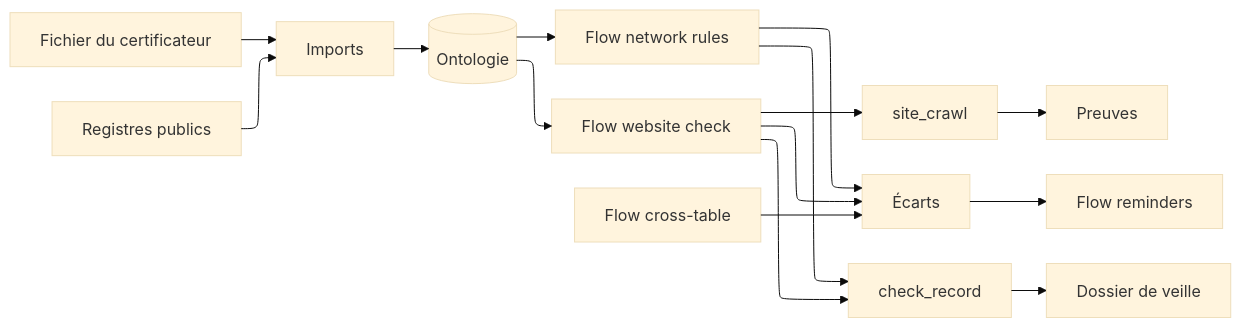
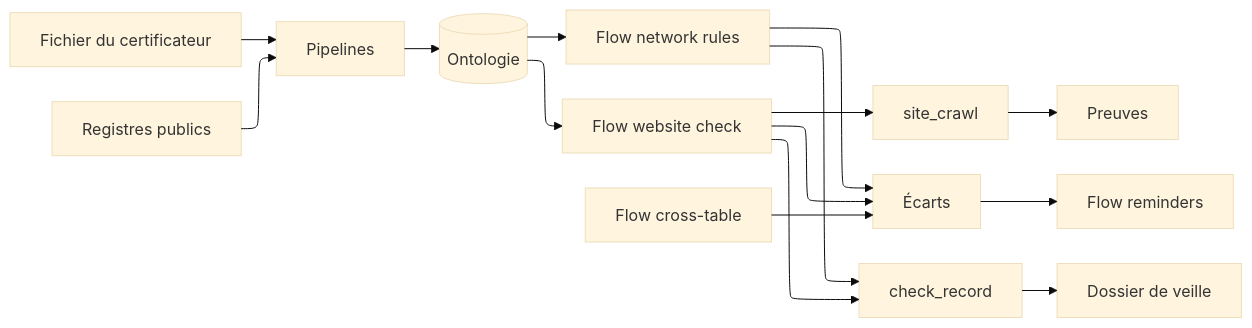
One commit to Pnex/pnex-rs changed the second of 13 diagrams in docs/architecture/partners.md. Above: the diagram before and after it, drawn with Mermaid (base theme). The commit also changed other lines of this file and 66 other files, not shown here.

First line of the commit message:
feat(api)!: imports are gone, their pipelines remain (D1050)

````diff
--- a/docs/architecture/partners.md
+++ b/docs/architecture/partners.md
@@ -64,21 +64,21 @@
 ```mermaid
 ---
 config:
   layout: elk
 ---
 flowchart LR
-  xl[Fichier du certificateur] --> imp[Imports]
+  xl[Fichier du certificateur] --> imp[Pipelines]
   reg[Registres publics] --> imp
   imp --> onto[(Ontologie)]
   onto --> nr[Flow network rules]
   onto --> wc[Flow website check]
   wc --> crawl[site_crawl]
   crawl --> proof[Preuves]
   nr --> fnd[Écarts]
   wc --> fnd
   ct[Flow cross-table] --> fnd
   fnd --> rem[Flow reminders]
   nr --> chk[check_record]
   wc --> chk
   chk --> case[Dossier de veille]
 ```
````
